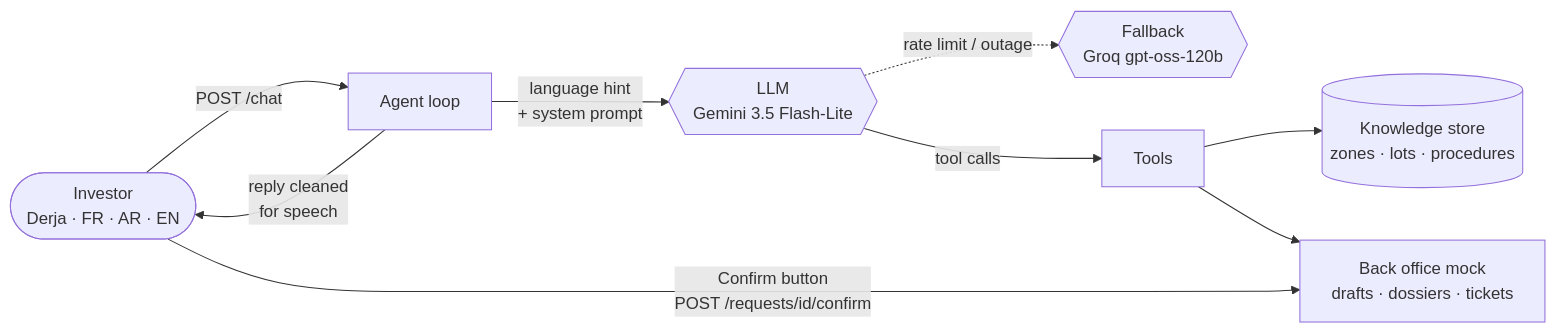
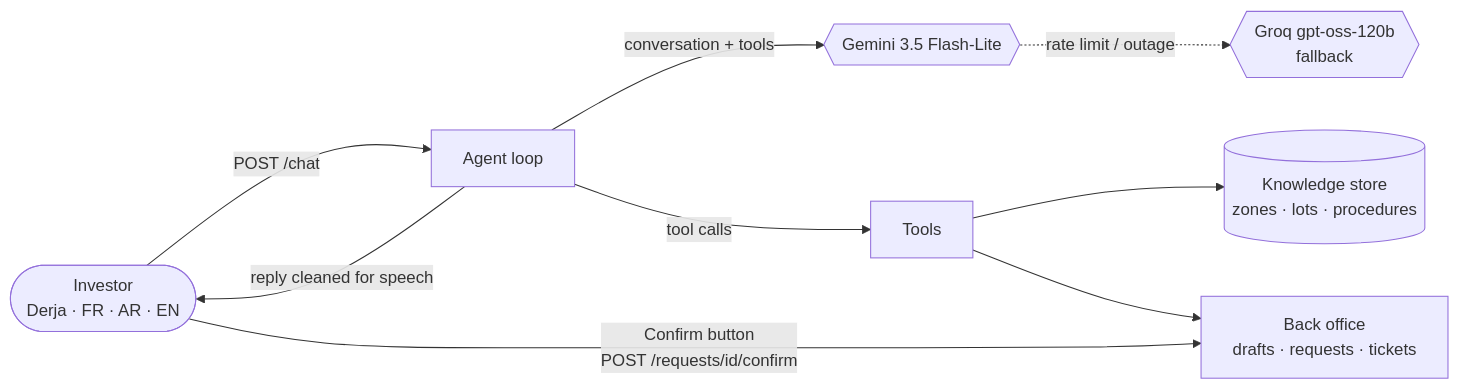
The diagram in README.md (Aymenrahmanii/Agentic_Ai_Hackathon_esprit), drawn with Mermaid before and after one commit. The commit also changed other lines of this file and 3 other files, not shown here.

First line of the commit message:
docs: animate the architecture diagram

````diff
--- a/README.md
+++ b/README.md
@@ -51,11 +58,11 @@
 ```mermaid
 flowchart LR
     U([Investor<br/>Derja · FR · AR · EN]) -->|POST /chat| A[Agent loop]
-    A -->|language hint<br/>+ system prompt| L{{LLM<br/>Gemini 3.5 Flash-Lite}}
-    L -.->|rate limit / outage| G{{Fallback<br/>Groq gpt-oss-120b}}
-    L -->|tool calls| T[Tools]
+    A -->|conversation + tools| L{{Gemini 3.5 Flash-Lite}}
+    L -.->|rate limit / outage| G{{Groq gpt-oss-120b<br/>fallback}}
+    A -->|tool calls| T[Tools]
     T --> S[(Knowledge store<br/>zones · lots · procedures)]
-    T --> B[Back office mock<br/>drafts · dossiers · tickets]
-    A -->|reply cleaned<br/>for speech| U
+    T --> B[Back office<br/>drafts · requests · tickets]
+    A -->|reply cleaned for speech| U
     U -->|Confirm button<br/>POST /requests/id/confirm| B
 ```
````
